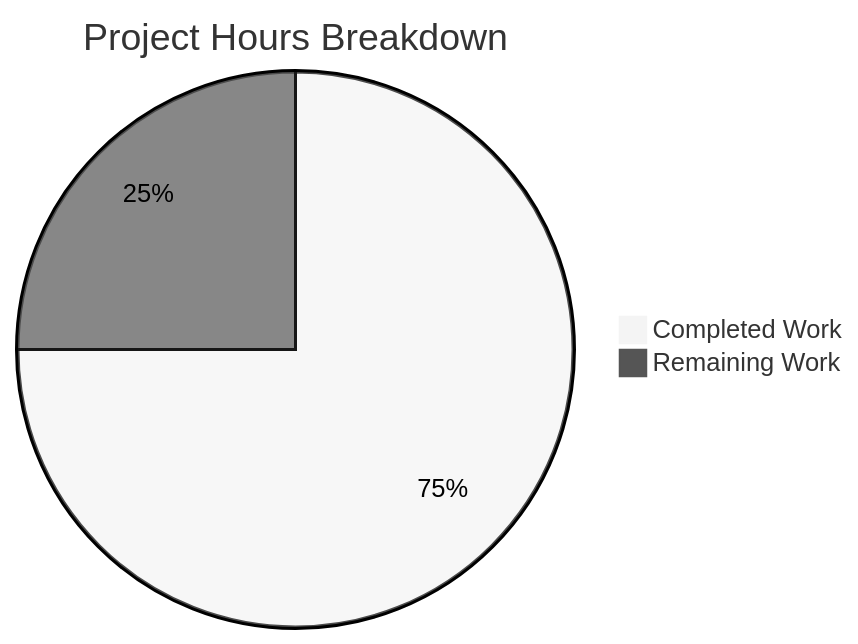
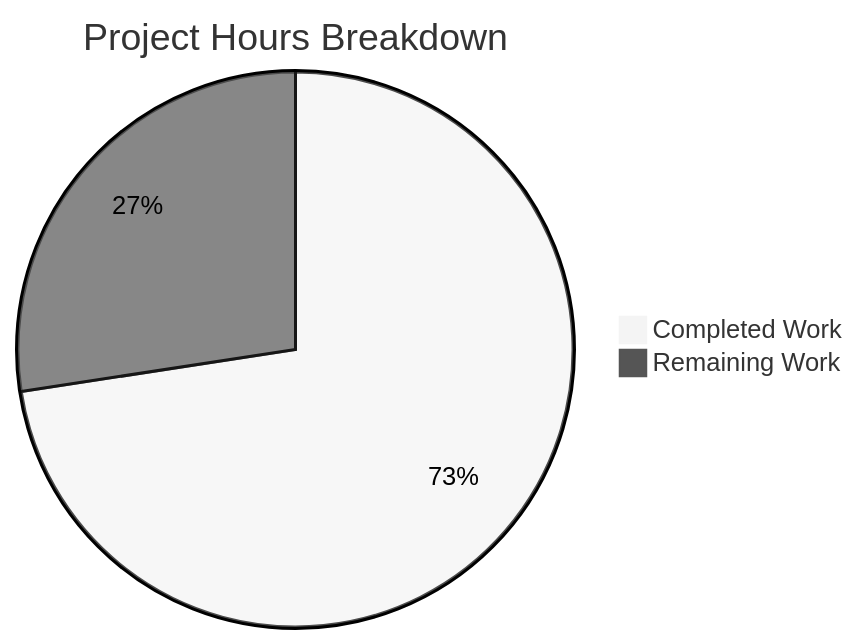
The second of 3 diagrams in blitzy/documentation/Project Guide.md (blitzy-public-samples/blitzy-odoo), drawn with Mermaid (neutral theme) before and after one commit. The commit also changed other lines of this file, not shown here.

Commit message:
Adding Blitzy Project Guide: Project Status and Human Tasks Remaining

````diff
--- a/blitzy/documentation/Project Guide.md
+++ b/blitzy/documentation/Project Guide.md
@@ -203,5 +199,5 @@
 ```mermaid
 pie title Project Hours Breakdown
-    "Completed Work" : 36
-    "Remaining Work" : 12
+    "Completed Work" : 45
+    "Remaining Work" : 17
 ```
````
